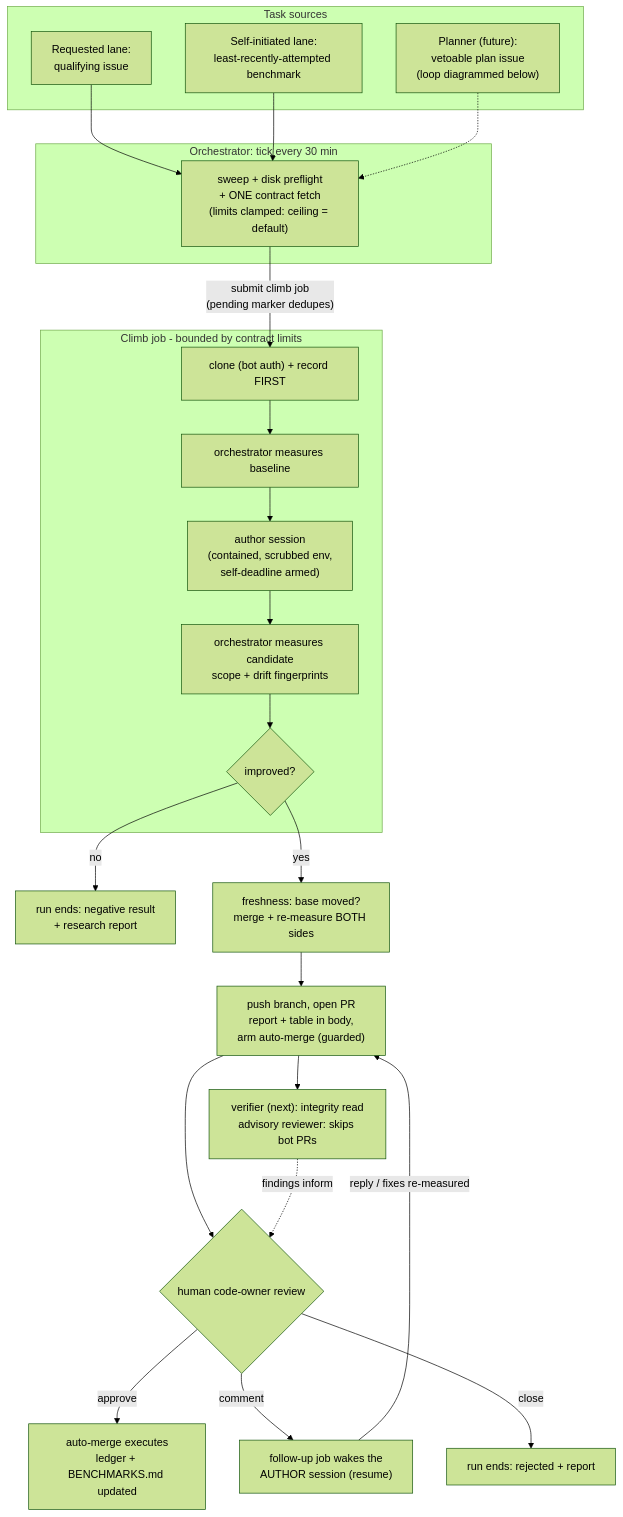
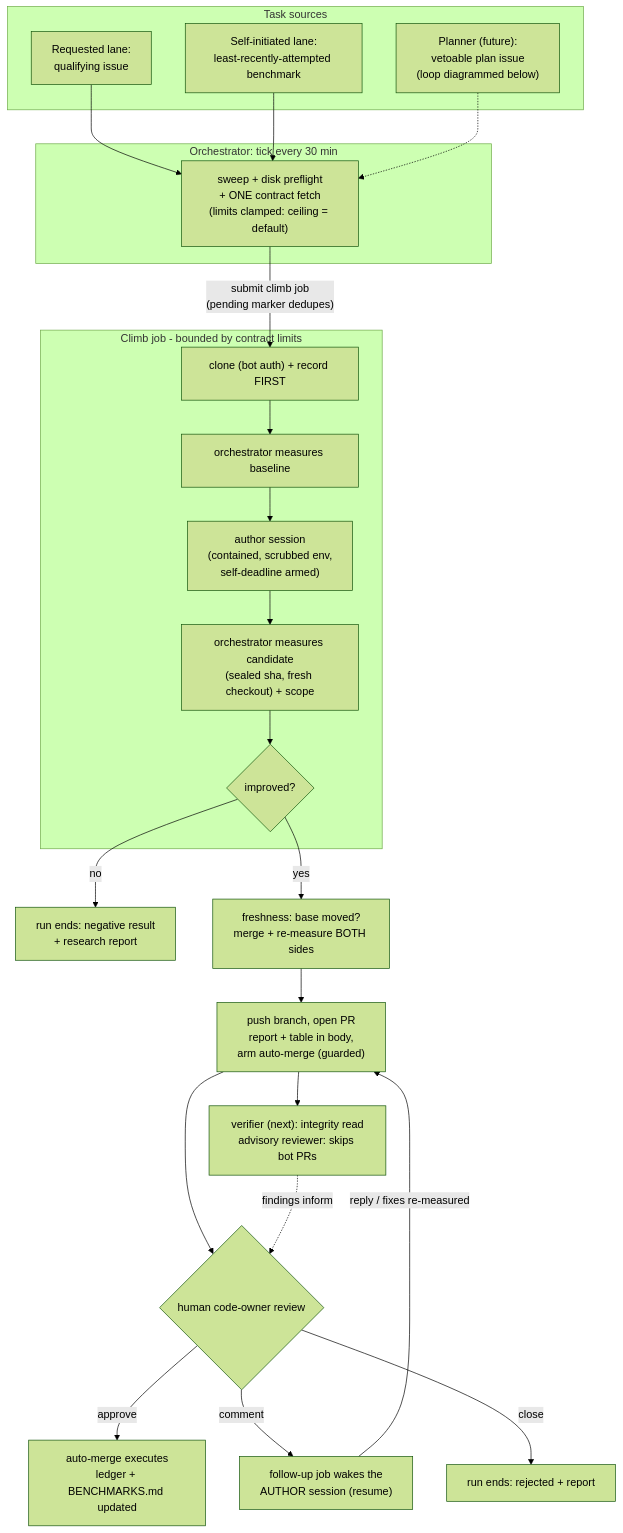
Before and after one commit to outerloop-science/outerloop: the first of 4 diagrams in docs/design/roles.md, drawn with Mermaid (forest theme). The commit also changed other lines of this file and 4 other files, not shown here.

First line of the commit message:
feat: one publish — the sealed candidate sha, everywhere

````diff
--- a/docs/design/roles.md
+++ b/docs/design/roles.md
@@ -38,37 +38,37 @@
 ```mermaid
 flowchart TD
     subgraph sources [Task sources]
         I["Requested lane:<br/>qualifying issue"]
         S["Self-initiated lane:<br/>least-recently-attempted benchmark"]
         P["Planner (future):<br/>vetoable plan issue<br/>(loop diagrammed below)"]
     end
 
     subgraph tick [Orchestrator: tick every 30 min]
         T["sweep + disk preflight<br/>+ ONE contract fetch<br/>(limits clamped: ceiling = default)"]
     end
 
     I --> T
     S --> T
     P -.-> T
 
     subgraph climb [Climb job - bounded by contract limits]
         C["clone (bot auth) + record FIRST"] --> B["orchestrator measures baseline"]
         B --> A["author session<br/>(contained, scrubbed env,<br/>self-deadline armed)"]
-        A --> E["orchestrator measures candidate<br/>scope + drift fingerprints"]
+        A --> E["orchestrator measures candidate<br/>(sealed sha, fresh checkout) + scope"]
         E --> F{improved?}
     end
 
     T -->|"submit climb job<br/>(pending marker dedupes)"| C
 
     F -->|no| R0["run ends: negative result<br/>+ research report"]
     F -->|yes| G["freshness: base moved?<br/>merge + re-measure BOTH sides"]
     G --> PR["push branch, open PR<br/>report + table in body,<br/>arm auto-merge (guarded)"]
 
     PR --> V["verifier (next): integrity read<br/>advisory reviewer: skips bot PRs"]
     PR --> H{human code-owner review}
     V -.->|findings inform| H
     H -->|approve| M["auto-merge executes<br/>ledger + BENCHMARKS.md updated"]
     H -->|comment| W["follow-up job wakes the<br/>AUTHOR session (resume)"]
     W -->|reply / fixes re-measured| PR
     H -->|close| R1["run ends: rejected + report"]
 ```
````
